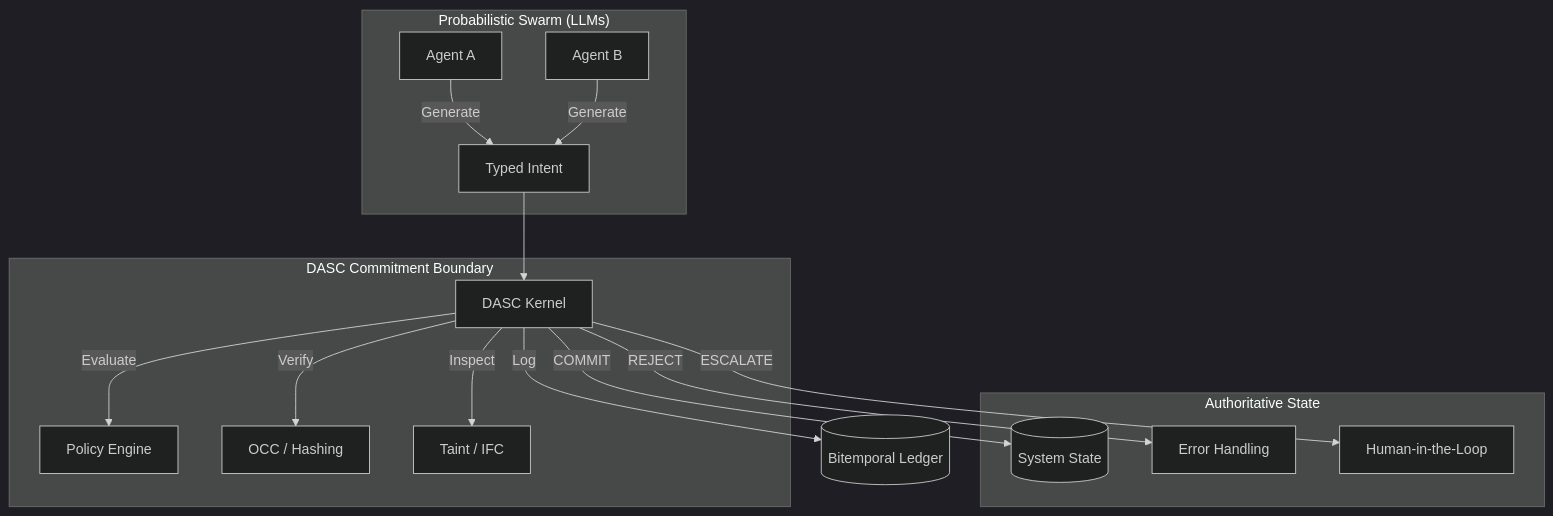
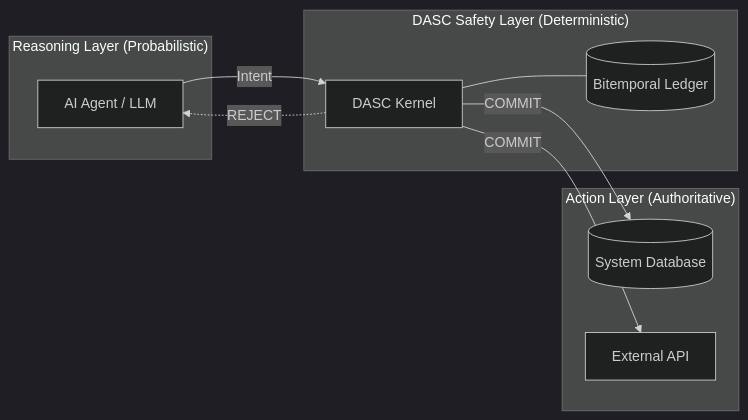
One commit to Anteneh-T-Tessema/dasc-core changed the diagram in docs/ARCHITECTURE.md. Above: the diagram before and after it, drawn with Mermaid (dark theme). The commit also changed other lines of this file and 121 other files, not shown here.

Commit message:
feat: implement advanced safety middleware, bitemporal ledgers, ws HITL, and framework adapters

````diff
--- a/docs/ARCHITECTURE.md
+++ b/docs/ARCHITECTURE.md
@@ -9,22 +7,22 @@
 ```mermaid
-graph TD
-    subgraph "Probabilistic Swarm (LLMs)"
-        A[Agent A] -->|Generate| I[Typed Intent]
-        B[Agent B] -->|Generate| I
+graph LR
+    subgraph "Reasoning Layer (Probabilistic)"
+        Agent[AI Agent / LLM]
     end
-
-    subgraph "DASC Commitment Boundary"
-        I --> K[DASC Kernel]
-        K -->|Evaluate| P[Policy Engine]
-        K -->|Verify| O[OCC / Hashing]
-        K -->|Inspect| T[Taint / IFC]
+    
+    subgraph "DASC Safety Layer (Deterministic)"
+        K[DASC Kernel]
+        L[(Bitemporal Ledger)]
     end
-
-    subgraph "Authoritative State"
-        K -->|COMMIT| S[(System State)]
-        K -->|REJECT| R[Error Handling]
-        K -->|ESCALATE| H[Human-in-the-Loop]
+    
+    subgraph "Action Layer (Authoritative)"
+        DB[(System Database)]
+        API[External API]
     end
-
-    K -->|Log| L[(Bitemporal Ledger)]
+    
+    Agent -->|Intent| K
+    K -->|COMMIT| DB
+    K -->|COMMIT| API
+    K -.->|REJECT| Agent
+    K --- L
 ```
````
